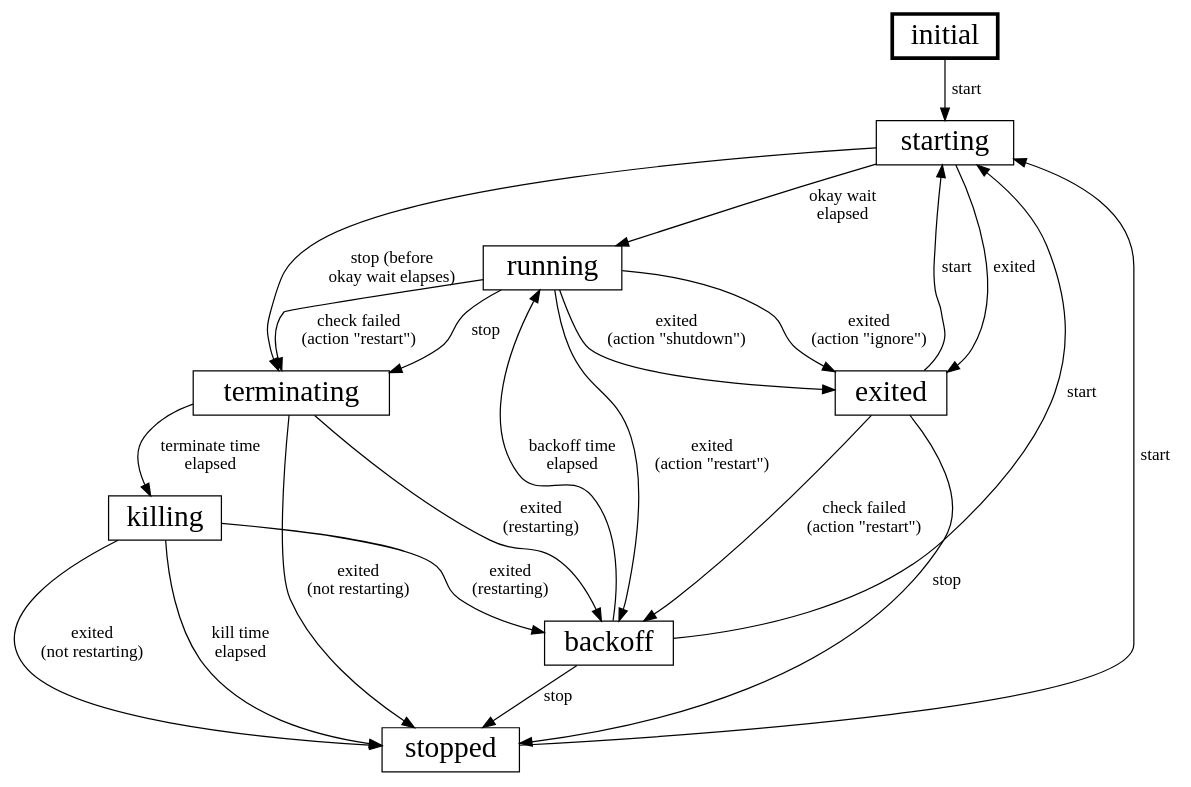
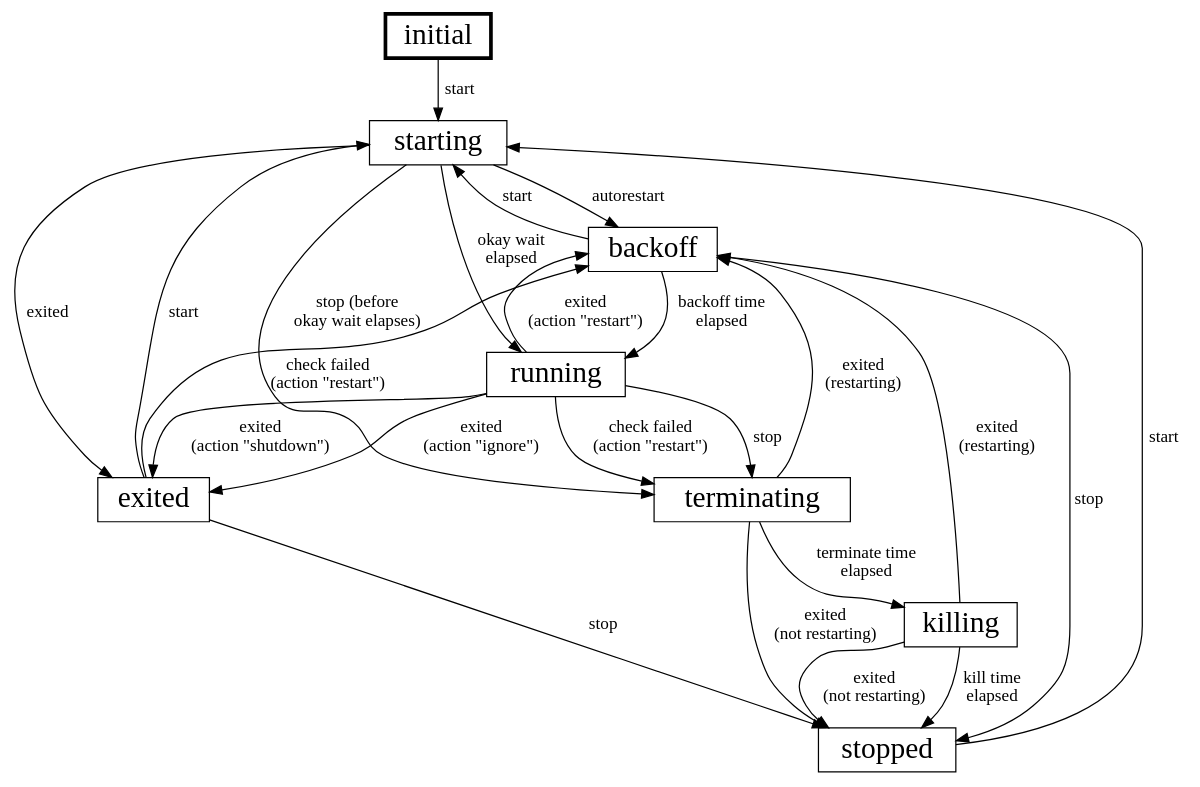
Before and after one commit to canonical/pebble: the diagram in internals/overlord/servstate/state-diagram.dot, drawn with Graphviz. The commit also changed 4 other files, not shown here.

```diff
--- a/internals/overlord/servstate/state-diagram.dot
+++ b/internals/overlord/servstate/state-diagram.dot
@@ -1,26 +1,27 @@
 # Create SVG with the following graphviz command:
 #
 # dot -Tsvg internals/overlord/servstate/state-diagram.dot -o ./internals/overlord/servstate/state-diagram.svg
 
 digraph service_state_machine {
     node [penwidth=3 shape=box fontsize=24] initial
     node [penwidth=1]
     initial -> starting [label="start"]
+    starting -> backoff [label="autorestart"]
     starting -> running [label="okay wait\nelapsed"]
     starting -> terminating [label="stop (before\nokay wait elapses)"]
     running -> terminating [label="stop"]
     running -> terminating [label="check failed\n(action \"restart\")"]
     terminating -> killing [label="terminate time\nelapsed"]
     {terminating, killing} -> stopped [label="exited\n(not restarting)"]
     {terminating, killing} -> backoff [label="exited\n(restarting)"]
     exited -> stopped [label="stop"]
     starting -> exited [label="exited"]
     {backoff, stopped, exited} -> starting [label="start"]
     running -> exited [label="exited\n(action \"ignore\")"]
     running -> exited [label="exited\n(action \"shutdown\")"]
     running -> backoff [label="exited\n(action \"restart\")"]
     backoff -> stopped [label="stop"]
     backoff -> running [label="backoff time\nelapsed"]
     killing -> stopped [label="kill time\nelapsed"]
     exited -> backoff [label="check failed\n(action \"restart\")"]
 }
```
